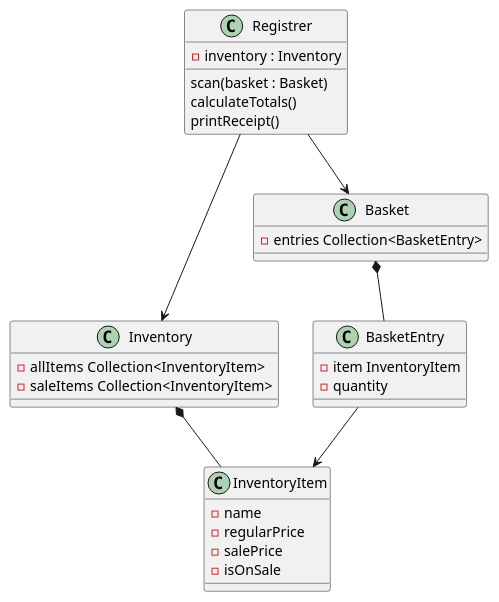
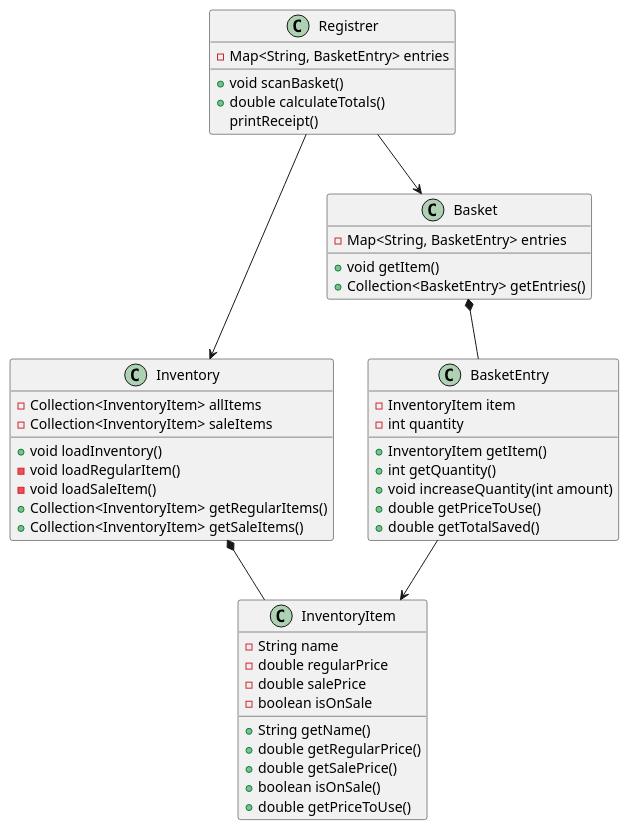
The diagram in src/Diagram/ClassDiagram.puml (Eligoon/Thursday_Task_7_Market), drawn with PlantUML before and after one commit.

Commit message:
updated classdiagram

```diff
--- a/src/Diagram/ClassDiagram.puml
+++ b/src/Diagram/ClassDiagram.puml
@@ -1,43 +1,60 @@
 @startuml
 'https://plantuml.com/class-diagram
 
 Registrer --> Inventory
 Registrer --> Basket
 Basket *-- BasketEntry
 Inventory *-- InventoryItem
 BasketEntry --> InventoryItem
 
 
 class InventoryItem
 {
- - name
- - regularPrice
- - salePrice
- - isOnSale
+ - String name
+ - double regularPrice
+ - double salePrice
+ - boolean isOnSale
+ + String getName()
+ + double getRegularPrice()
+ + double getSalePrice()
+ + boolean isOnSale()
+ + double getPriceToUse()
 }
 
 class Registrer
 {
-- inventory : Inventory
-scan(basket : Basket)
-calculateTotals()
+- Map<String, BasketEntry> entries
++ void scanBasket()
++ double calculateTotals()
 printReceipt()
 }
 
 class Inventory
 {
-- allItems  Collection<InventoryItem>
-- saleItems Collection<InventoryItem>
+- Collection<InventoryItem> allItems
+- Collection<InventoryItem> saleItems
++ void loadInventory()
+- void loadRegularItem()
+- void loadSaleItem()
++ Collection<InventoryItem> getRegularItems()
++ Collection<InventoryItem> getSaleItems()
 }
 
 class Basket
 {
-- entries Collection<BasketEntry>
+- Map<String, BasketEntry> entries
++ void getItem()
++ Collection<BasketEntry> getEntries()
 }
 
 class BasketEntry
 {
-- item InventoryItem
-- quantity
+- InventoryItem item
+- int quantity
++ InventoryItem getItem()
++ int getQuantity()
++ void increaseQuantity(int amount)
++ double getPriceToUse()
++ double getTotalSaved()
 }
 @enduml
```
